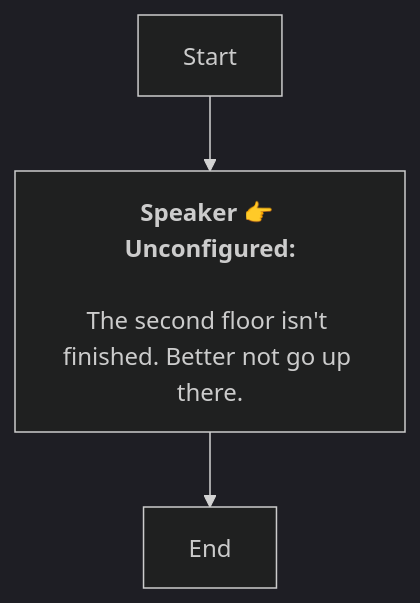
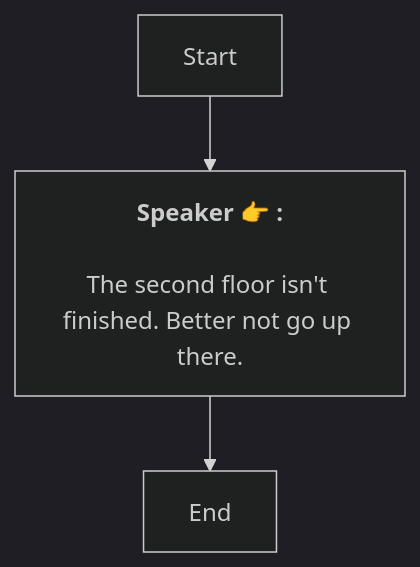
The diagram in En/Hotel.md (SoftHu/tos_avg), drawn with Mermaid (dark theme) before and after one commit. The commit also changed 737 other files, not shown here.

````diff
--- a/En/Hotel.md
+++ b/En/Hotel.md
@@ -1,8 +1,7 @@
 ```mermaid
 graph
-Start -->1730848105656411[<b>Speaker 👉 Unconfigured:</b>
-
-The second floor isn't finished. Better not go up there.]
+Start -->1730848105656411[<b>Speaker 👉 :</b>
+\nThe second floor isn't finished. Better not go up there.]
 1730848105656411 -->1730848110480476[End]
 
- ```
+```
````
